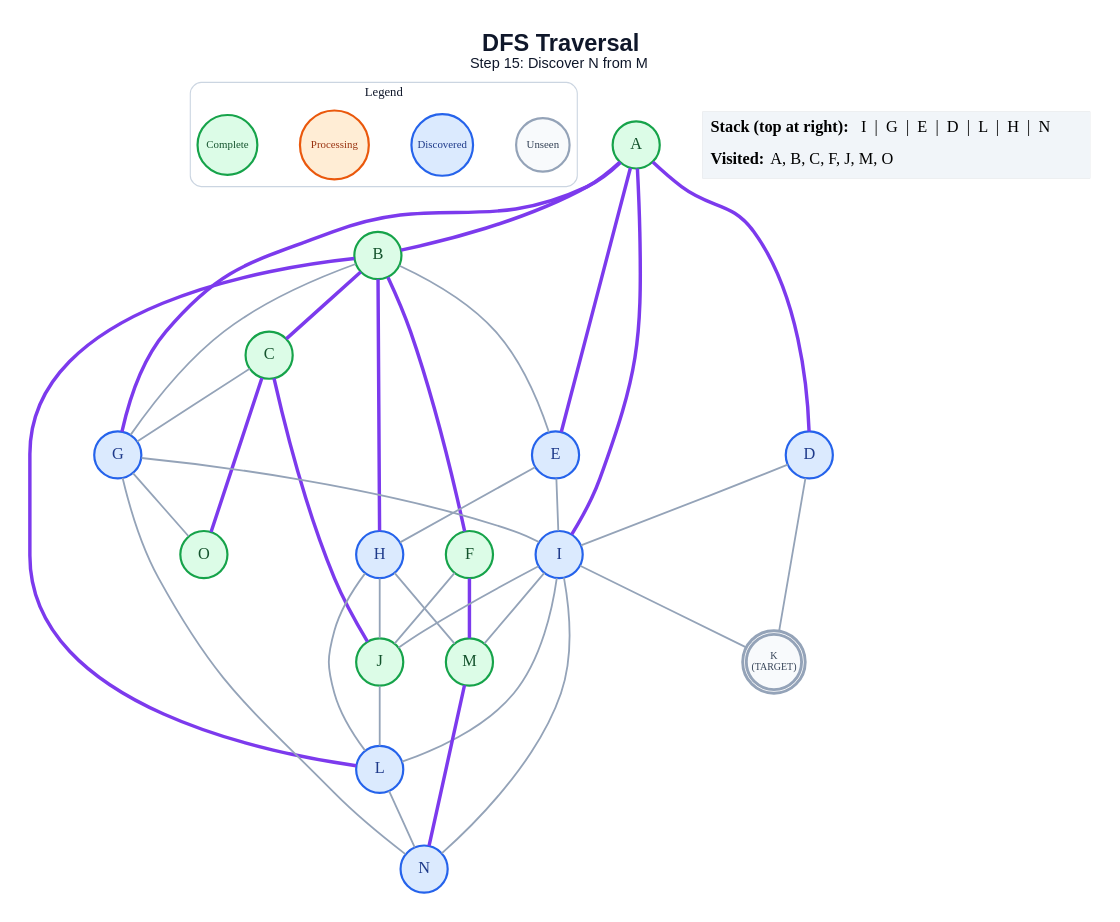
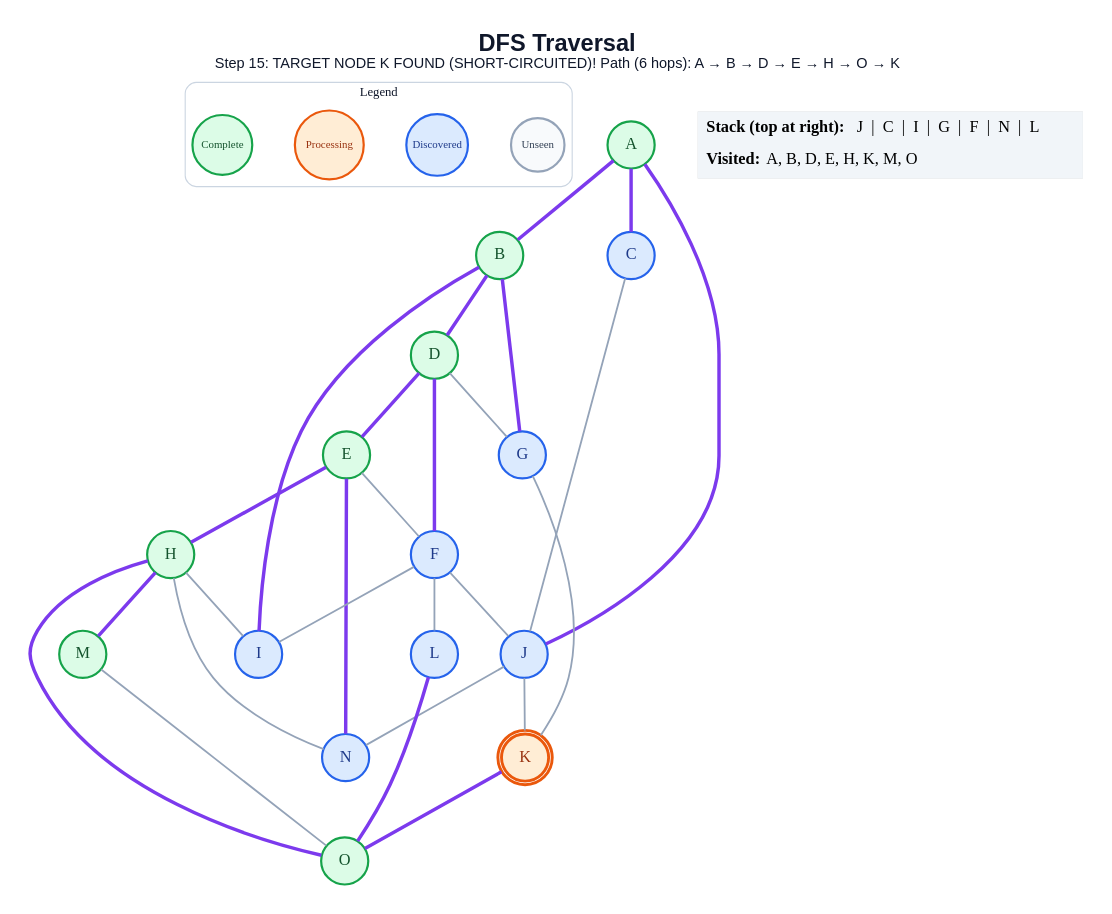
One commit to anon7238593-create/ai-slop changed the diagram in generated/short-circuit/dfs/step_15.dot. Above: the diagram before and after it, drawn with Graphviz. The commit also changed 283 other files, not shown here.

```diff
--- a/generated/short-circuit/dfs/step_15.dot
+++ b/generated/short-circuit/dfs/step_15.dot
@@ -1,68 +1,60 @@
 graph traversal {
   graph [layout=dot, rankdir=TB, bgcolor="#FFFFFF", pad="0.35", nodesep="0.65", ranksep="0.8", fontname="Arial"];
   node [shape=circle, style="filled", fontname="Arial Bold", fontsize=18, width=0.72, fixedsize=true, penwidth=2.4];
   edge [color="#94A3B8", penwidth=2.0];
-  label=<<B>DFS Traversal</B><BR/><FONT POINT-SIZE="16">Step 15: Discover N from M</FONT>>; labelloc="t"; fontsize=26; fontname="Arial"; fontcolor="#0F172A";
+  label=<<B>DFS Traversal</B><BR/><FONT POINT-SIZE="16">Step 15: TARGET NODE K FOUND (SHORT-CIRCUITED)! Path (6 hops): A → B → D → E → H → O → K</FONT>>; labelloc="t"; fontsize=26; fontname="Arial"; fontcolor="#0F172A";
   subgraph cluster_legend { label="Legend"; color="#CBD5E1"; penwidth=1.2; style="rounded"; fontsize=14; fontname="Arial Bold";
     key_unseen [label="Unseen", fillcolor="#F8FAFC", color="#94A3B8", fontcolor="#334155", fontsize=12, width=0.82];
     key_frontier [label="Discovered", fillcolor="#DBEAFE", color="#2563EB", fontcolor="#1E3A8A", fontsize=12, width=0.95];
     key_current [label="Processing", fillcolor="#FFEDD5", color="#EA580C", fontcolor="#9A3412", fontsize=12, width=1.05];
     key_done [label="Complete", fillcolor="#DCFCE7", color="#16A34A", fontcolor="#14532D", fontsize=12, width=0.92];
     { rank=same; key_unseen; key_frontier; key_current; key_done; }
   }
   A [label="A", fillcolor="#DCFCE7", color="#16A34A", fontcolor="#14532D", peripheries=1, penwidth=2.4];
   B [label="B", fillcolor="#DCFCE7", color="#16A34A", fontcolor="#14532D", peripheries=1, penwidth=2.4];
-  C [label="C", fillcolor="#DCFCE7", color="#16A34A", fontcolor="#14532D", peripheries=1, penwidth=2.4];
-  D [label="D", fillcolor="#DBEAFE", color="#2563EB", fontcolor="#1E3A8A", peripheries=1, penwidth=2.4];
-  E [label="E", fillcolor="#DBEAFE", color="#2563EB", fontcolor="#1E3A8A", peripheries=1, penwidth=2.4];
-  F [label="F", fillcolor="#DCFCE7", color="#16A34A", fontcolor="#14532D", peripheries=1, penwidth=2.4];
+  C [label="C", fillcolor="#DBEAFE", color="#2563EB", fontcolor="#1E3A8A", peripheries=1, penwidth=2.4];
+  D [label="D", fillcolor="#DCFCE7", color="#16A34A", fontcolor="#14532D", peripheries=1, penwidth=2.4];
+  E [label="E", fillcolor="#DCFCE7", color="#16A34A", fontcolor="#14532D", peripheries=1, penwidth=2.4];
+  F [label="F", fillcolor="#DBEAFE", color="#2563EB", fontcolor="#1E3A8A", peripheries=1, penwidth=2.4];
   G [label="G", fillcolor="#DBEAFE", color="#2563EB", fontcolor="#1E3A8A", peripheries=1, penwidth=2.4];
-  H [label="H", fillcolor="#DBEAFE", color="#2563EB", fontcolor="#1E3A8A", peripheries=1, penwidth=2.4];
+  H [label="H", fillcolor="#DCFCE7", color="#16A34A", fontcolor="#14532D", peripheries=1, penwidth=2.4];
   I [label="I", fillcolor="#DBEAFE", color="#2563EB", fontcolor="#1E3A8A", peripheries=1, penwidth=2.4];
-  J [label="J", fillcolor="#DCFCE7", color="#16A34A", fontcolor="#14532D", peripheries=1, penwidth=2.4];
-  K [label="K\n(TARGET)", fillcolor="#F8FAFC", color="#94A3B8", fontcolor="#334155", peripheries=2, penwidth=3.2, fontsize=11, width=0.85, height=0.85];
+  J [label="J", fillcolor="#DBEAFE", color="#2563EB", fontcolor="#1E3A8A", peripheries=1, penwidth=2.4];
+  K [label="K", fillcolor="#FFEDD5", color="#EA580C", fontcolor="#9A3412", peripheries=2, penwidth=3.2];
   L [label="L", fillcolor="#DBEAFE", color="#2563EB", fontcolor="#1E3A8A", peripheries=1, penwidth=2.4];
   M [label="M", fillcolor="#DCFCE7", color="#16A34A", fontcolor="#14532D", peripheries=1, penwidth=2.4];
   N [label="N", fillcolor="#DBEAFE", color="#2563EB", fontcolor="#1E3A8A", peripheries=1, penwidth=2.4];
   O [label="O", fillcolor="#DCFCE7", color="#16A34A", fontcolor="#14532D", peripheries=1, penwidth=2.4];
   A -- B [color="#7C3AED", penwidth=3.8];
-  A -- D [color="#7C3AED", penwidth=3.8];
-  A -- E [color="#7C3AED", penwidth=3.8];
-  A -- G [color="#7C3AED", penwidth=3.8];
-  A -- I [color="#7C3AED", penwidth=3.8];
-  B -- C [color="#7C3AED", penwidth=3.8];
-  B -- E;
-  B -- F [color="#7C3AED", penwidth=3.8];
-  B -- G;
-  B -- H [color="#7C3AED", penwidth=3.8];
-  B -- L [color="#7C3AED", penwidth=3.8];
-  C -- G;
-  C -- J [color="#7C3AED", penwidth=3.8];
-  C -- O [color="#7C3AED", penwidth=3.8];
-  D -- I;
-  D -- K;
-  E -- H;
-  E -- I;
+  A -- C [color="#7C3AED", penwidth=3.8];
+  A -- J [color="#7C3AED", penwidth=3.8];
+  B -- D [color="#7C3AED", penwidth=3.8];
+  B -- G [color="#7C3AED", penwidth=3.8];
+  B -- I [color="#7C3AED", penwidth=3.8];
+  C -- J;
+  D -- E [color="#7C3AED", penwidth=3.8];
+  D -- F [color="#7C3AED", penwidth=3.8];
+  D -- G;
+  E -- F;
+  E -- H [color="#7C3AED", penwidth=3.8];
+  E -- N [color="#7C3AED", penwidth=3.8];
+  F -- I;
   F -- J;
-  F -- M [color="#7C3AED", penwidth=3.8];
-  G -- I;
-  G -- N;
-  G -- O;
-  H -- J;
-  H -- L;
-  H -- M;
-  I -- J;
-  I -- K;
-  I -- L;
-  I -- M;
-  I -- N;
-  J -- L;
-  L -- N;
-  M -- N [color="#7C3AED", penwidth=3.8];
+  F -- L;
+  G -- K;
+  H -- I;
+  H -- M [color="#7C3AED", penwidth=3.8];
+  H -- N;
+  H -- O [color="#7C3AED", penwidth=3.8];
+  J -- K;
+  J -- N;
+  K -- O [color="#7C3AED", penwidth=3.8];
+  L -- O [color="#7C3AED", penwidth=3.8];
+  M -- O;
   status [shape=plain, fixedsize=false, width=0, height=0, margin=0, label=<
     <TABLE BORDER="0" CELLBORDER="0" CELLPADDING="7" BGCOLOR="#F1F5F9">
-      <TR><TD ALIGN="LEFT"><B>Stack (top at right):</B> I  |  G  |  E  |  D  |  L  |  H  |  N</TD></TR>
-      <TR><TD ALIGN="LEFT"><B>Visited:</B> A, B, C, F, J, M, O</TD></TR>
+      <TR><TD ALIGN="LEFT"><B>Stack (top at right):</B> J  |  C  |  I  |  G  |  F  |  N  |  L</TD></TR>
+      <TR><TD ALIGN="LEFT"><B>Visited:</B> A, B, D, E, H, K, M, O</TD></TR>
     </TABLE>
   >];
 }
```
